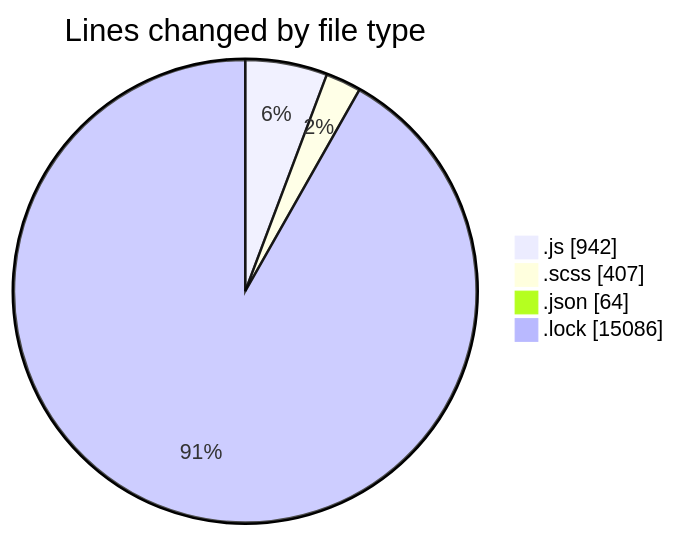
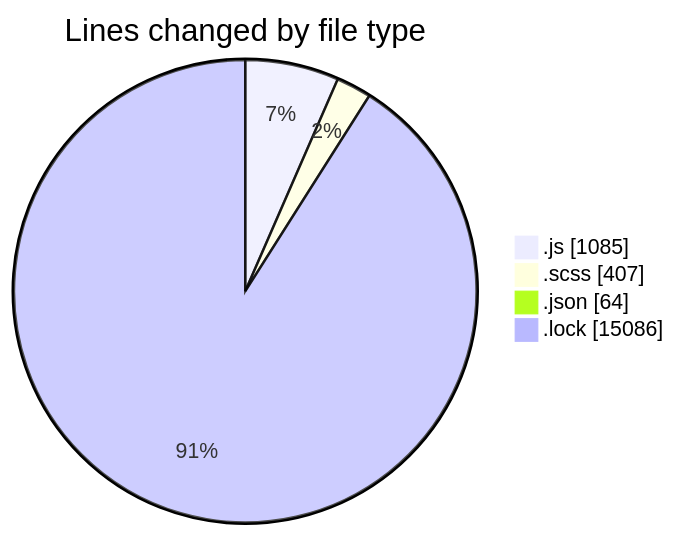
One commit to momahboobian/code-tracking changed the first of 2 diagrams in 2026-01-05/cda/README.md. Above: the diagram before and after it, drawn with Mermaid. The commit also changed other lines of this file and 1 other file, not shown here.

````diff
--- a/2026-01-05/cda/README.md
+++ b/2026-01-05/cda/README.md
@@ -29,8 +30,8 @@
 ```mermaid
 pie showData
 title Lines changed by file type
-".js" : 942
+".js" : 1085
 ".scss" : 407
 ".json" : 64
 ".lock" : 15086
 ```
````
